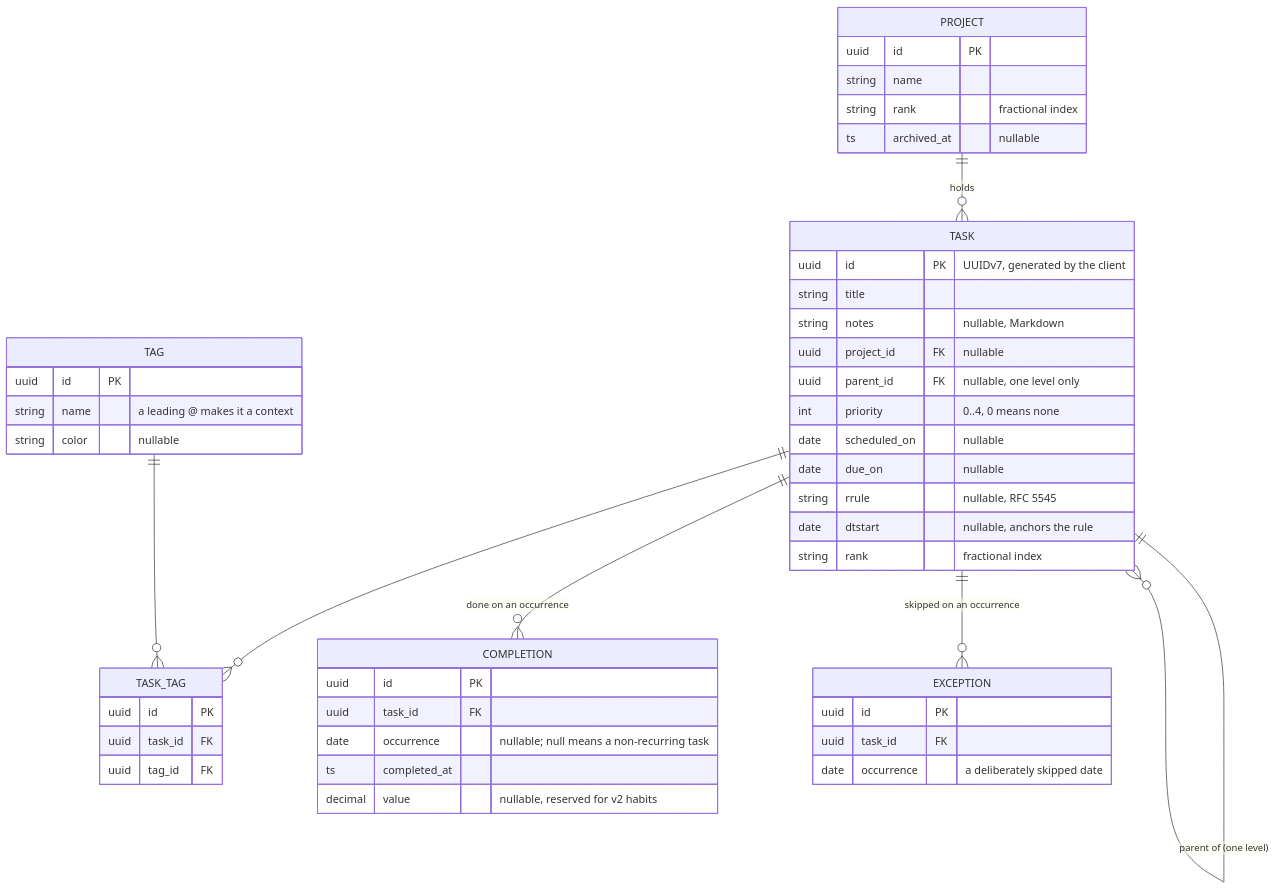
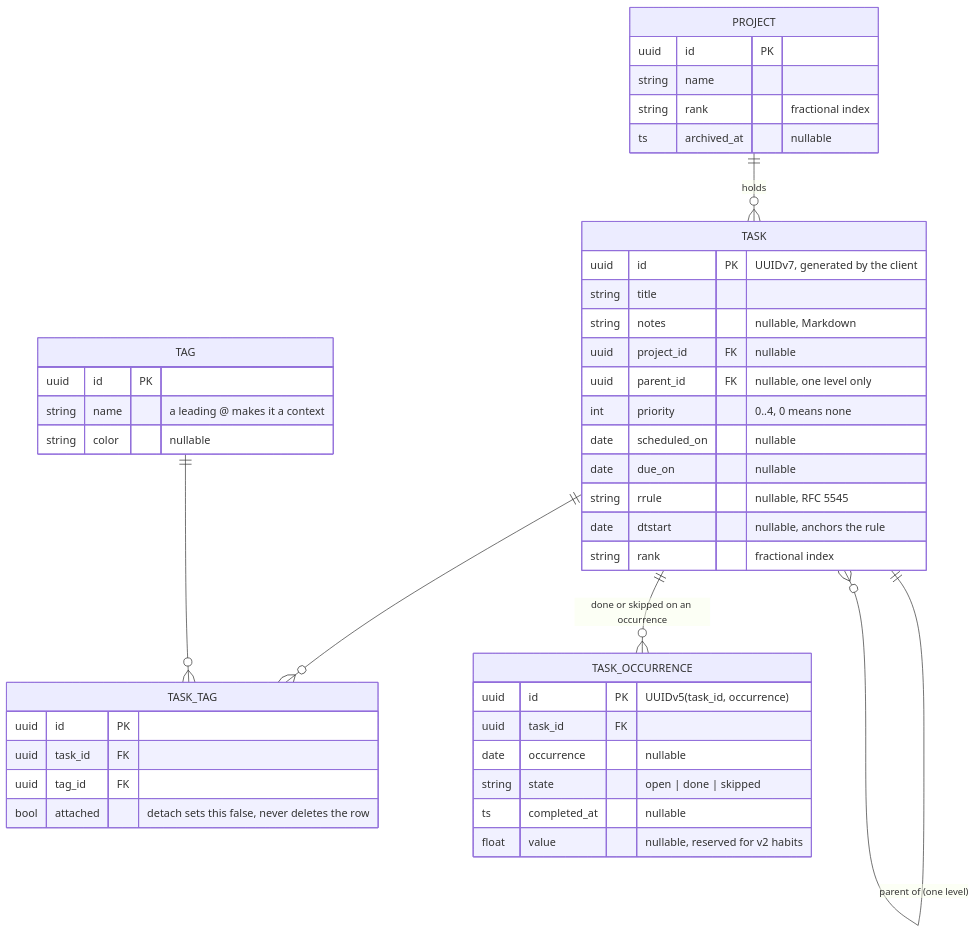
One commit to kkucherenkov/todoer changed the diagram in docs/specs/2026-09-25-domain-and-sync-design.md. Above: the diagram before and after it, drawn with Mermaid. The commit also changed other lines of this file and 11 other files, not shown here.

````diff
--- a/docs/specs/2026-09-25-domain-and-sync-design.md
+++ b/docs/specs/2026-09-25-domain-and-sync-design.md
@@ -59,56 +59,51 @@
 ```mermaid
 erDiagram
     PROJECT ||--o{ TASK : "holds"
     TASK    ||--o{ TASK : "parent of (one level)"
     TASK    ||--o{ TASK_TAG : ""
     TAG     ||--o{ TASK_TAG : ""
-    TASK    ||--o{ COMPLETION : "done on an occurrence"
-    TASK    ||--o{ EXCEPTION : "skipped on an occurrence"
+    TASK    ||--o{ TASK_OCCURRENCE : "done or skipped on an occurrence"
 
     TASK {
         uuid    id            PK "UUIDv7, generated by the client"
         string  title
         string  notes         "nullable, Markdown"
         uuid    project_id    FK "nullable"
         uuid    parent_id     FK "nullable, one level only"
         int     priority      "0..4, 0 means none"
         date    scheduled_on  "nullable"
         date    due_on        "nullable"
         string  rrule         "nullable, RFC 5545"
         date    dtstart       "nullable, anchors the rule"
         string  rank          "fractional index"
     }
 
     PROJECT {
         uuid    id            PK
         string  name
         string  rank          "fractional index"
         ts      archived_at   "nullable"
     }
 
     TAG {
         uuid    id            PK
         string  name          "a leading @ makes it a context"
         string  color         "nullable"
     }
 
     TASK_TAG {
         uuid    id            PK
         uuid    task_id       FK
         uuid    tag_id        FK
+        bool    attached      "detach sets this false, never deletes the row"
     }
 
-    COMPLETION {
-        uuid    id            PK
+    TASK_OCCURRENCE {
+        uuid    id            PK "UUIDv5(task_id, occurrence)"
         uuid    task_id       FK
-        date    occurrence    "nullable; null means a non-recurring task"
-        ts      completed_at
-        decimal value         "nullable, reserved for v2 habits"
-    }
-
-    EXCEPTION {
-        uuid    id            PK
-        uuid    task_id       FK
-        date    occurrence    "a deliberately skipped date"
+        date    occurrence    "nullable"
+        string  state         "open | done | skipped"
+        ts      completed_at  "nullable"
+        float   value         "nullable, reserved for v2 habits"
     }
 ```
````
